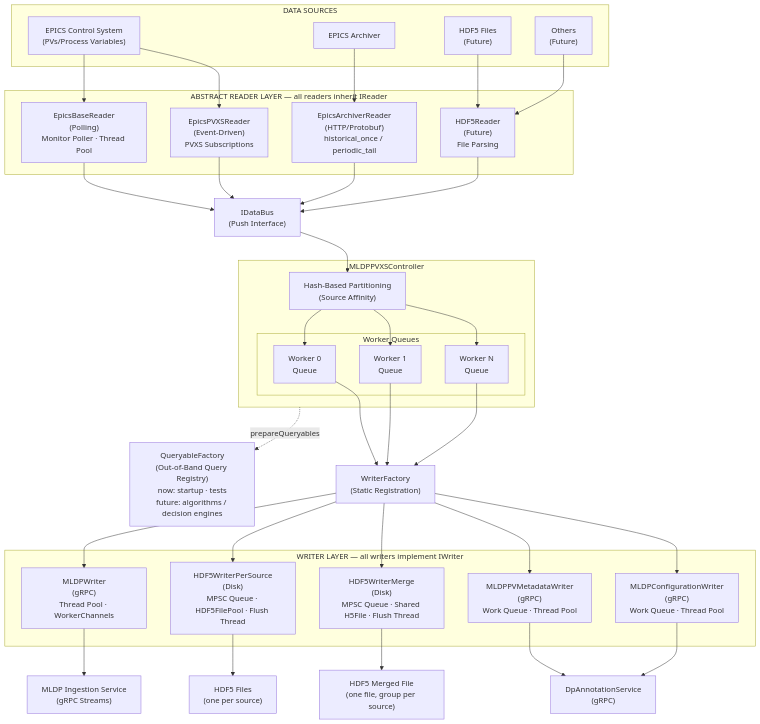
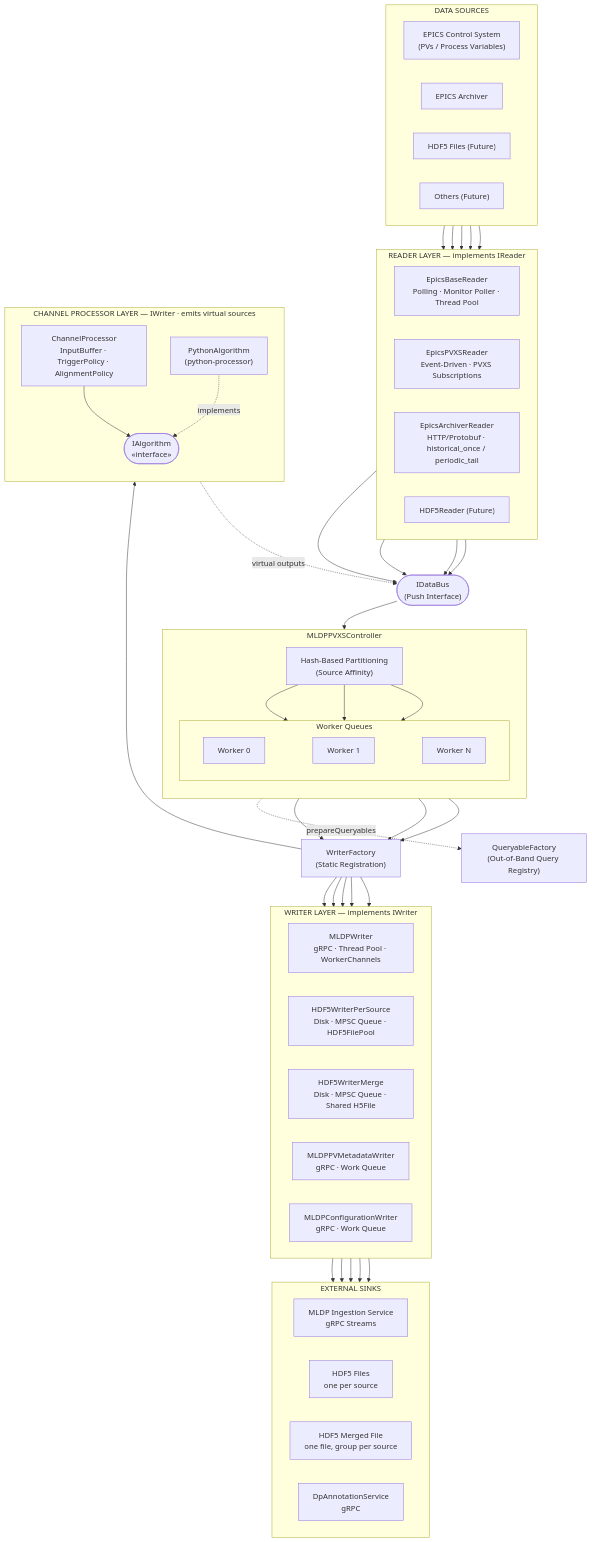
The first of 3 diagrams in docs/reference/architecture.md (slaclab/mldp-pvxs-driver), drawn with Mermaid before and after one commit. The commit also changed other lines of this file and 98 other files, not shown here.

````diff
--- a/docs/reference/architecture.md
+++ b/docs/reference/architecture.md
@@ -11,79 +11,81 @@
 ```mermaid
 flowchart TB
     subgraph DataSources["DATA SOURCES"]
-        DS1["EPICS Control System<br/>(PVs/Process Variables)"]
-        DS2["EPICS Archiver<br/>"]
-        DS3["HDF5 Files<br/>(Future)"]
-        DS4["Others<br/>(Future)"]
+        direction LR
+        DS1["EPICS Control System<br/>(PVs / Process Variables)"]
+        DS2["EPICS Archiver"]
+        DS3["HDF5 Files (Future)"]
+        DS4["Others (Future)"]
     end
 
-    subgraph ReaderLayer["ABSTRACT READER LAYER — all readers inherit IReader"]
-        R1["EpicsBaseReader<br/>(Polling)<br/>Monitor Poller · Thread Pool"]
-        R2["EpicsPVXSReader<br/>(Event-Driven)<br/>PVXS Subscriptions"]
-        R3["EpicsArchiverReader<br/>(HTTP/Protobuf)<br/>historical_once / periodic_tail"]
-        R4["HDF5Reader<br/>(Future)<br/>File Parsing"]
+    subgraph ReaderLayer["READER LAYER — implements IReader"]
+        direction LR
+        R1["EpicsBaseReader<br/>Polling · Monitor Poller · Thread Pool"]
+        R2["EpicsPVXSReader<br/>Event-Driven · PVXS Subscriptions"]
+        R3["EpicsArchiverReader<br/>HTTP/Protobuf · historical_once / periodic_tail"]
+        R4["HDF5Reader (Future)"]
     end
 
-    IDataBus["IDataBus<br/>(Push Interface)"]
+    IDataBus(["IDataBus<br/>(Push Interface)"])
+    QueryableFactory["QueryableFactory<br/>(Out-of-Band Query Registry)"]
+    WriterFactory["WriterFactory<br/>(Static Registration)"]
 
     subgraph Controller["MLDPPVXSController"]
+        direction TB
         HashPart["Hash-Based Partitioning<br/>(Source Affinity)"]
         subgraph Workers["Worker Queues"]
-            W0["Worker 0<br/>Queue"]
-            W1["Worker 1<br/>Queue"]
-            WN["Worker N<br/>Queue"]
+            direction LR
+            W0["Worker 0"] ~~~ W1["Worker 1"] ~~~ WN["Worker N"]
         end
+        HashPart --> W0
+        HashPart --> W1
+        HashPart --> WN
     end
 
-    QueryableFactory["QueryableFactory<br/>(Out-of-Band Query Registry)<br/>now: startup · tests<br/>future: algorithms / decision engines"]
-
-    WriterFactory["WriterFactory<br/>(Static Registration)"]
-
-    subgraph WriterLayer["WRITER LAYER — all writers implement IWriter"]
-        WR1["MLDPWriter<br/>(gRPC)<br/>Thread Pool · WorkerChannels"]
-        WR2["HDF5WriterPerSource<br/>(Disk)<br/>MPSC Queue · HDF5FilePool · Flush Thread"]
-        WR3["HDF5WriterMerge<br/>(Disk)<br/>MPSC Queue · Shared H5File · Flush Thread"]
-        WR4["MLDPPVMetadataWriter<br/>(gRPC)<br/>Work Queue · Thread Pool"]
-        WR5["MLDPConfigurationWriter<br/>(gRPC)<br/>Work Queue · Thread Pool"]
+    subgraph ProcessorLayer["CHANNEL PROCESSOR LAYER — IWriter · emits virtual sources"]
+        direction TB
+        WR6["ChannelProcessor<br/>InputBuffer · TriggerPolicy · AlignmentPolicy"]
+        IAlgo(["IAlgorithm<br/>«interface»"])
+        PA["PythonAlgorithm<br/>(python-processor)"]
+        WR6 --> IAlgo
+        PA -. implements .-> IAlgo
     end
 
-    MLDPService["MLDP Ingestion Service<br/>(gRPC Streams)"]
-    HDF5Files["HDF5 Files<br/>(one per source)"]
-    HDF5Merged["HDF5 Merged File<br/>(one file, group per source)"]
-    AnnotationService["DpAnnotationService<br/>(gRPC)"]
+    subgraph WriterLayer["WRITER LAYER — implements IWriter"]
+        direction LR
+        WR1["MLDPWriter<br/>gRPC · Thread Pool · WorkerChannels"]
+        WR2["HDF5WriterPerSource<br/>Disk · MPSC Queue · HDF5FilePool"]
+        WR3["HDF5WriterMerge<br/>Disk · MPSC Queue · Shared H5File"]
+        WR4["MLDPPVMetadataWriter<br/>gRPC · Work Queue"]
+        WR5["MLDPConfigurationWriter<br/>gRPC · Work Queue"]
+    end
 
-    DS1 --> R1
-    DS1 --> R2
+    subgraph Sinks["EXTERNAL SINKS"]
+        direction LR
+        MLDPService["MLDP Ingestion Service<br/>gRPC Streams"]
+        HDF5Files["HDF5 Files<br/>one per source"]
+        HDF5Merged["HDF5 Merged File<br/>one file, group per source"]
+        AnnotationService["DpAnnotationService<br/>gRPC"]
+    end
+
+    DS1 --> R1 & R2
     DS2 --> R3
-    DS3 --> R4
-    DS4 --> R4
+    DS3 & DS4 --> R4
 
-    R1 --> IDataBus
-    R2 --> IDataBus
-    R3 --> IDataBus
-    R4 --> IDataBus
+    R1 & R2 & R3 & R4 --> IDataBus
 
     IDataBus --> HashPart
     IDataBus ~~~ QueryableFactory
-    HashPart --> W0
-    HashPart --> W1
-    HashPart --> WN
-
     Controller -. prepareQueryables .-> QueryableFactory
 
-    W0 --> WriterFactory
-    W1 --> WriterFactory
-    WN --> WriterFactory
+    W0 & W1 & WN --> WriterFactory
+    WriterFactory --> WR6
+    WriterFactory --> WR1 & WR2 & WR3 & WR4 & WR5
 
-    WriterFactory --> WR1
-    WriterFactory --> WR2
-    WriterFactory --> WR3
-    WriterFactory --> WR4
-    WriterFactory --> WR5
+    WR6 -."virtual outputs".-> IDataBus
 
     WR1 --> MLDPService
     WR2 --> HDF5Files
     WR3 --> HDF5Merged
-    WR4 --> AnnotationService
-    WR5 --> AnnotationService
+    WR4 & WR5 --> AnnotationService
 ```
````
